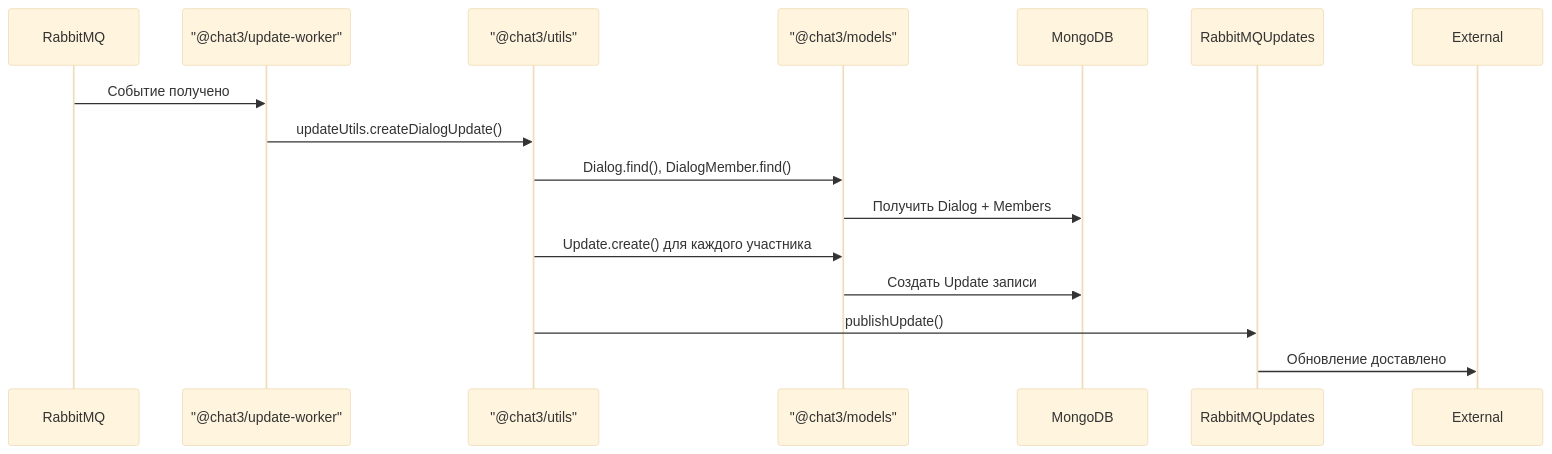
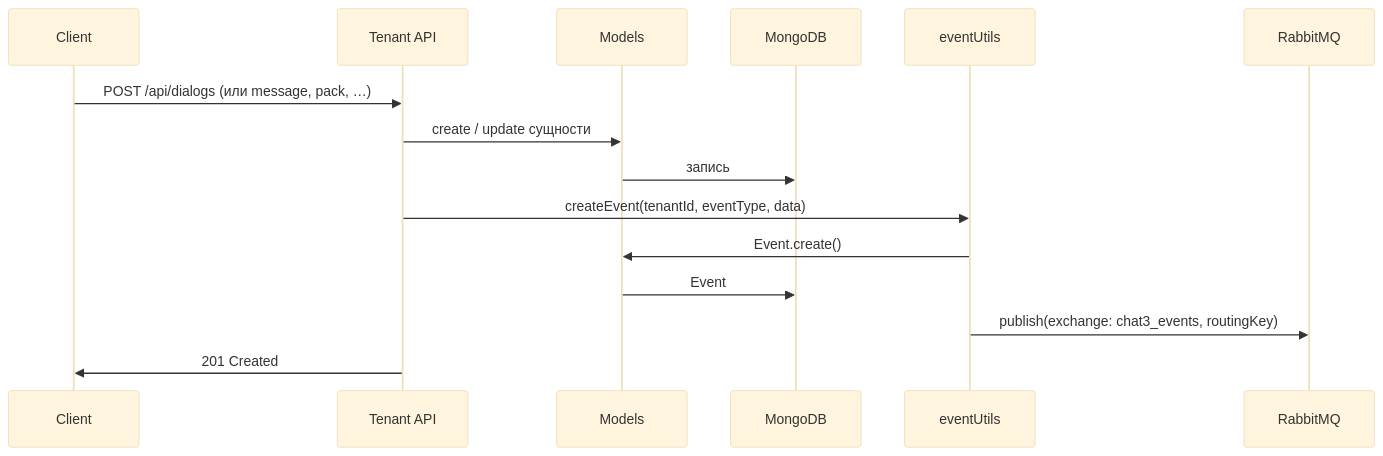
Before and after one commit to antirek/chat3: the fifth of 8 diagrams in docs/ARCHITECTURE.md, drawn with Mermaid (base theme). The commit also changed other lines of this file and 3 other files, not shown here.

````diff
--- a/docs/ARCHITECTURE.md
+++ b/docs/ARCHITECTURE.md
@@ -266,18 +295,18 @@
 ```mermaid
 sequenceDiagram
-    participant RabbitMQ
-    participant UpdateWorker as "@chat3/update-worker"
-    participant Utils as "@chat3/utils"
-    participant Models as "@chat3/models"
+    participant Client
+    participant API as Tenant API
+    participant Models
     participant MongoDB
-    participant RabbitMQUpdates
-    
-    RabbitMQ->>UpdateWorker: Событие получено
-    UpdateWorker->>Utils: updateUtils.createDialogUpdate()
-    Utils->>Models: Dialog.find(), DialogMember.find()
-    Models->>MongoDB: Получить Dialog + Members
-    Utils->>Models: Update.create() для каждого участника
-    Models->>MongoDB: Создать Update записи
-    Utils->>RabbitMQUpdates: publishUpdate()
-    RabbitMQUpdates->>External: Обновление доставлено
+    participant Utils as eventUtils
+    participant RMQ as RabbitMQ
+
+    Client->>API: POST /api/dialogs (или message, pack, …)
+    API->>Models: create / update сущности
+    Models->>MongoDB: запись
+    API->>Utils: createEvent(tenantId, eventType, data)
+    Utils->>Models: Event.create()
+    Models->>MongoDB: Event
+    Utils->>RMQ: publish(exchange: chat3_events, routingKey)
+    API->>Client: 201 Created
 ```
````
